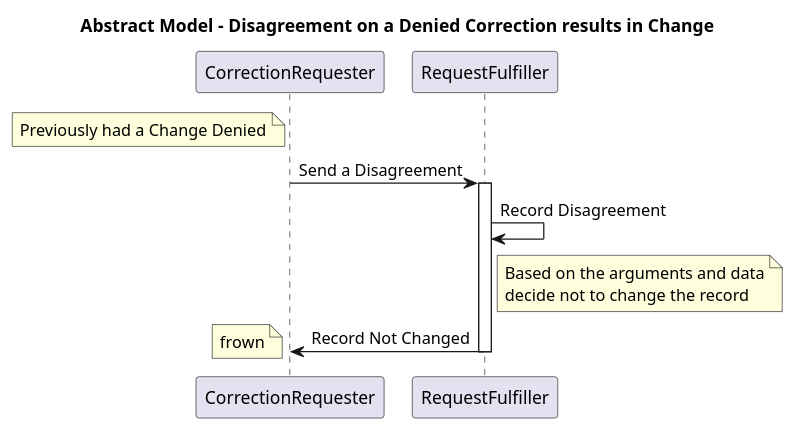
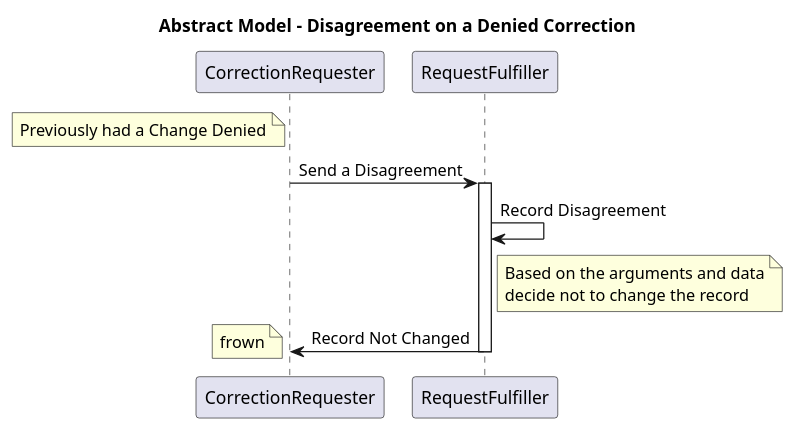
Before and after one commit to HL7/fhir-patient-correction: the diagram in input/images-source/use-case-3.plantuml, drawn with PlantUML. The commit also changed 4 other files, not shown here.

```diff
--- a/input/images-source/use-case-3.plantuml
+++ b/input/images-source/use-case-3.plantuml
@@ -1,21 +1,21 @@
 @startuml
-title Abstract Model - Disagreement on a Denied Correction results in Change
+title Abstract Model - Disagreement on a Denied Correction
 
 note left of CorrectionRequester
 Previously had a Change Denied
 end note
 
 CorrectionRequester->RequestFulfiller : Send a Disagreement
 Activate RequestFulfiller
 RequestFulfiller->RequestFulfiller : Record Disagreement
 
 note right of RequestFulfiller
 Based on the arguments and data
 decide not to change the record
 end note
 RequestFulfiller->CorrectionRequester : Record Not Changed
 Deactivate RequestFulfiller
 
 note left: frown
 
 @enduml
```
